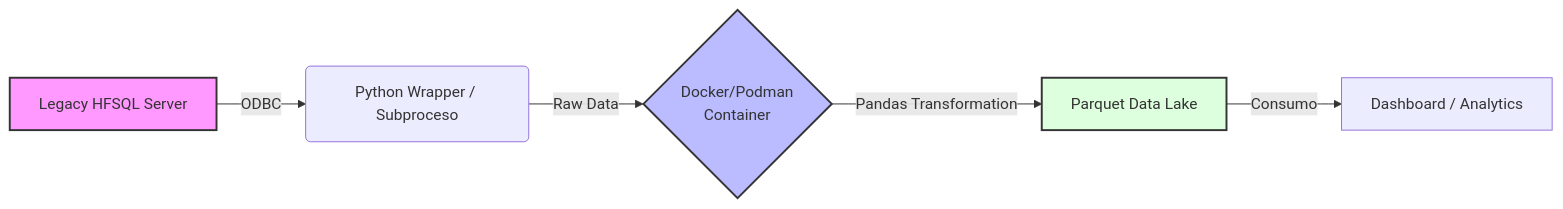
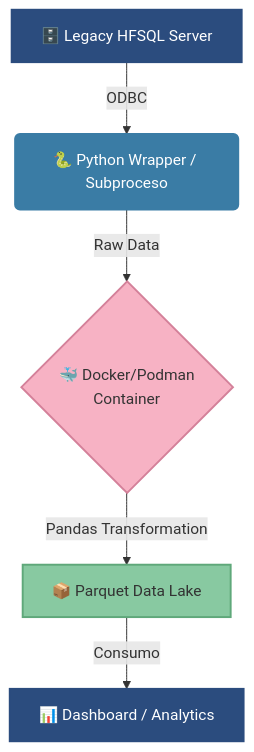
Before and after one commit to anmerino-pnd/projects-hub: the diagram in 4_frutal/2_solucion.qmd, drawn with Mermaid. The commit also changed 2 other files, not shown here.

Commit message:
renderizado de mermaid Horizontal -> Vertical

````diff
--- a/4_frutal/2_solucion.qmd
+++ b/4_frutal/2_solucion.qmd
@@ -16,12 +16,14 @@
 ```{mermaid}
 %%| fig-align: center
-flowchart LR
-    A[Legacy HFSQL Server] -->|ODBC| B(Python Wrapper / Subproceso)
-    B -->|Raw Data| C{Docker/Podman<br>Container}
-    C -->|Pandas Transformation| D[Parquet Data Lake]
-    D -->|Consumo| E[Dashboard / Analytics]
-    
-    style A fill:#f9f,stroke:#333,stroke-width:2px
-    style C fill:#bbf,stroke:#333,stroke-width:2px
-    style D fill:#dfd,stroke:#333,stroke-width:2px
+flowchart TB
+    A[🗄️ Legacy HFSQL Server] -->|ODBC| B(🐍 Python Wrapper / Subproceso)
+    B -->|Raw Data| C{🐳 Docker/Podman<br>Container}
+    C -->|Pandas Transformation| D[📦 Parquet Data Lake]
+    D -->|Consumo| E[📊 Dashboard / Analytics]
+
+    style A fill:#2b4c7e,stroke:#2b4c7e,color:#fff,stroke-width:2px
+    style B fill:#3a7ca5,stroke:#3a7ca5,color:#fff,stroke-width:2px
+    style C fill:#f7b2c4,stroke:#d4819a,color:#333,stroke-width:2px
+    style D fill:#88c9a1,stroke:#5fa87a,color:#333,stroke-width:2px
+    style E fill:#2b4c7e,stroke:#2b4c7e,color:#fff,stroke-width:2px
 ```
````
